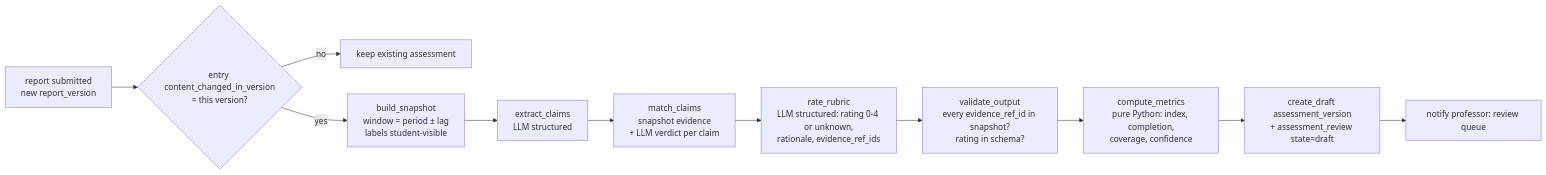
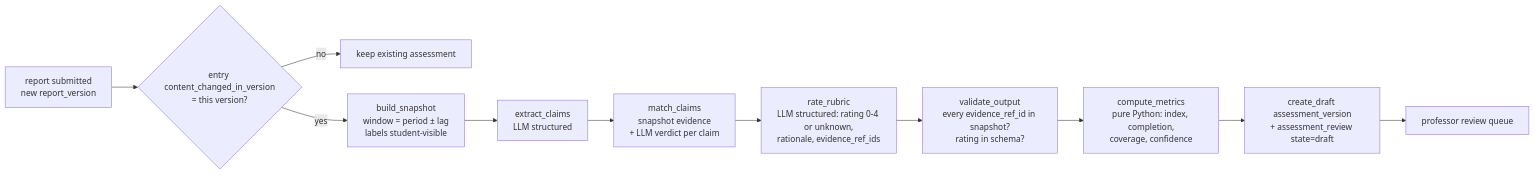
The fifth of 5 diagrams in docs/architecture.md (thanhtrunghuynh93/research_manager), drawn with Mermaid before and after one commit. The commit also changed other lines of this file and 18 other files, not shown here.

````diff
--- a/docs/architecture.md
+++ b/docs/architecture.md
@@ -371,13 +370,13 @@
 ```mermaid
 flowchart LR
     S[report submitted\nnew report_version] --> T{entry content_changed_in_version\n= this version?}
     T -- no --> K[keep existing assessment]
     T -- yes --> B[build_snapshot\nwindow = period ± lag\nlabels student-visible]
     B --> C[extract_claims\nLLM structured]
     C --> M[match_claims\nsnapshot evidence\n+ LLM verdict per claim]
     M --> R[rate_rubric\nLLM structured: rating 0-4 or unknown,\nrationale, evidence_ref_ids]
     R --> V[validate_output\nevery evidence_ref_id in snapshot?\nrating in schema?]
     V --> X[compute_metrics\npure Python: index, completion,\ncoverage, confidence]
     X --> D[create_draft assessment_version\n+ assessment_review state=draft]
-    D --> N[notify professor: review queue]
+    D --> N[professor review queue]
 ```
````
